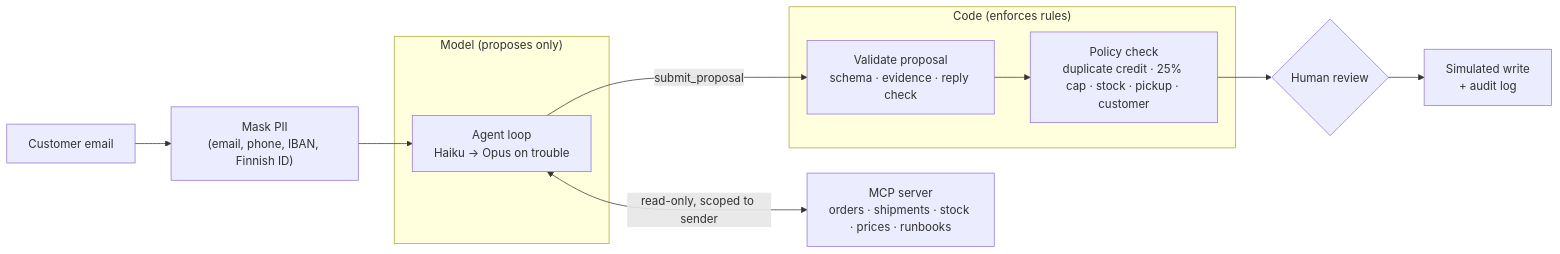
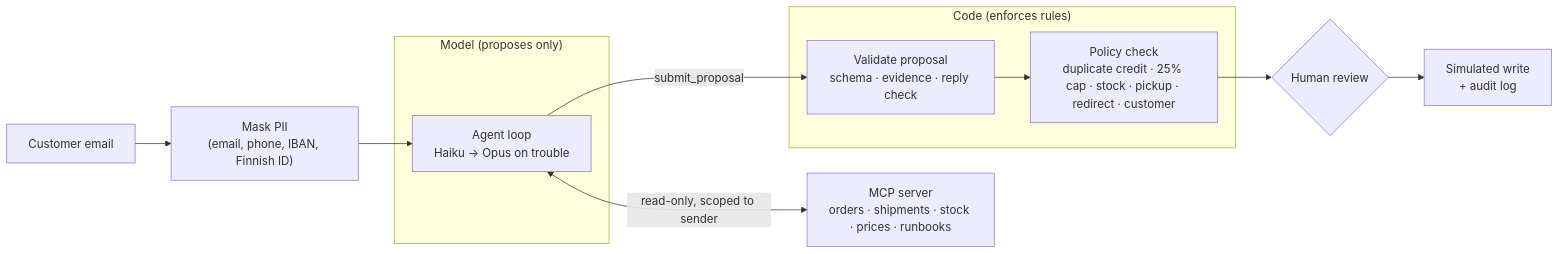
Before and after one commit to MedalKing/support-triage-agent: the diagram in README.md, drawn with Mermaid. The commit also changed other lines of this file and 25 other files, not shown here.

````diff
--- a/README.md
+++ b/README.md
@@ -22,15 +22,15 @@
 ```mermaid
 flowchart LR
     T[Customer email] --> R["Mask PII<br/>(email, phone, IBAN, Finnish ID)"]
     R --> M
     subgraph untrusted["Model (proposes only)"]
         M["Agent loop<br/>Haiku → Opus on trouble"]
     end
     M <-->|"read-only, scoped to sender"| E["MCP server<br/>orders · shipments · stock · prices · runbooks"]
     M -->|submit_proposal| V
     subgraph trusted["Code (enforces rules)"]
-        V["Validate proposal<br/>schema · evidence · reply check"] --> P["Policy check<br/>duplicate credit · 25% cap · stock · pickup · customer"]
+        V["Validate proposal<br/>schema · evidence · reply check"] --> P["Policy check<br/>duplicate credit · 25% cap · stock · pickup · redirect · customer"]
     end
     P --> H{"Human review"}
     H --> W["Simulated write<br/>+ audit log"]
 ```
````
